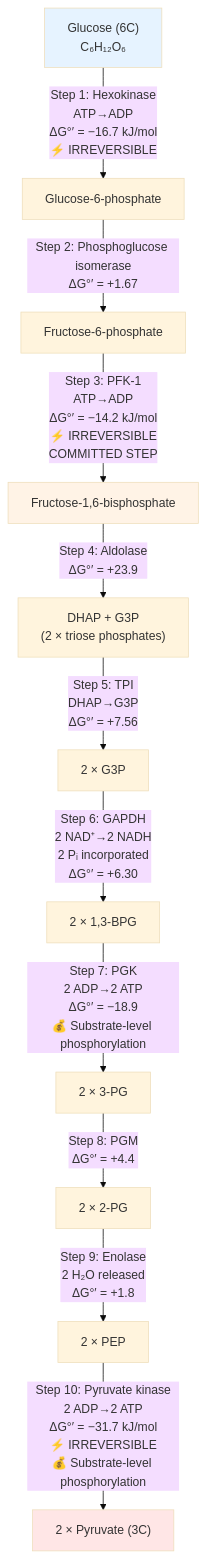
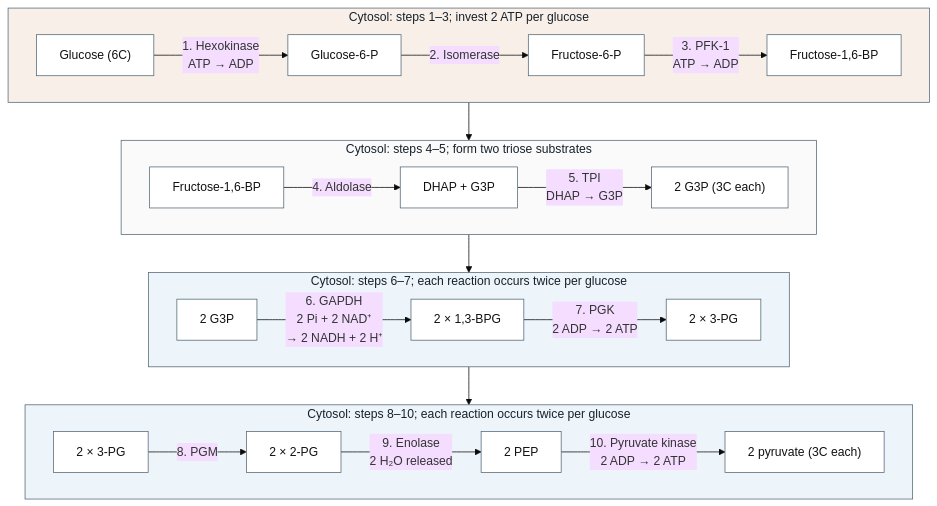
Before and after one commit to docxology/biology_textbook: the first of 8 diagrams in docs/manuscript/unit_III/bioenergetics_and_respiration.md, drawn with Mermaid (base theme). The commit also changed other lines of this file and 41 other files, not shown here.

````diff
--- a/docs/manuscript/unit_III/bioenergetics_and_respiration.md
+++ b/docs/manuscript/unit_III/bioenergetics_and_respiration.md
@@ -229,17 +229,38 @@
 ```mermaid
-flowchart TD
-    G["Glucose (6C)<br/>C₆H₁₂O₆"] -->|"Step 1: Hexokinase<br/>ATP→ADP<br/>ΔG°′ = −16.7 kJ/mol<br/>⚡ IRREVERSIBLE"| G6P["Glucose-6-phosphate"]
-    G6P -->|"Step 2: Phosphoglucose isomerase<br/>ΔG°′ = +1.67"| F6P["Fructose-6-phosphate"]
-    F6P -->|"Step 3: PFK-1<br/>ATP→ADP<br/>ΔG°′ = −14.2 kJ/mol<br/>⚡ IRREVERSIBLE<br/>COMMITTED STEP"| F16BP["Fructose-1,6-bisphosphate"]
-    F16BP -->|"Step 4: Aldolase<br/>ΔG°′ = +23.9"| TwoC3["DHAP + G3P<br/>(2 × triose phosphates)"]
-    TwoC3 -->|"Step 5: TPI<br/>DHAP→G3P<br/>ΔG°′ = +7.56"| G3Px2["2 × G3P"]
-    G3Px2 -->|"Step 6: GAPDH<br/>2 NAD⁺→2 NADH<br/>2 Pᵢ incorporated<br/>ΔG°′ = +6.30"| BPG["2 × 1,3-BPG"]
-    BPG -->|"Step 7: PGK<br/>2 ADP→2 ATP<br/>ΔG°′ = −18.9<br/>💰 Substrate-level phosphorylation"| PG3["2 × 3-PG"]
-    PG3 -->|"Step 8: PGM<br/>ΔG°′ = +4.4"| PG2["2 × 2-PG"]
-    PG2 -->|"Step 9: Enolase<br/>2 H₂O released<br/>ΔG°′ = +1.8"| PEP["2 × PEP"]
-    PEP -->|"Step 10: Pyruvate kinase<br/>2 ADP→2 ATP<br/>ΔG°′ = −31.7 kJ/mol<br/>⚡ IRREVERSIBLE<br/>💰 Substrate-level phosphorylation"| PYR["2 × Pyruvate (3C)"]
-
-    style G fill:#e6f3ff
-    style F16BP fill:#fff3e6
-    style PYR fill:#ffe6e6
+---
+config:
+  layout: dagre
+---
+flowchart TB
+    subgraph INVEST["Cytosol: steps 1–3; invest 2 ATP per glucose"]
+        direction LR
+        G["Glucose (6C)"] -->|"1. Hexokinase<br/>ATP → ADP"| G6P["Glucose-6-P"]
+        G6P -->|"2. Isomerase"| F6P["Fructose-6-P"]
+        F6P -->|"3. PFK-1<br/>ATP → ADP"| F16BP["Fructose-1,6-BP"]
+    end
+    subgraph SPLIT["Cytosol: steps 4–5; form two triose substrates"]
+        direction LR
+        F16BP2["Fructose-1,6-BP"] -->|"4. Aldolase"| TwoC3["DHAP + G3P"]
+        TwoC3 -->|"5. TPI<br/>DHAP → G3P"| G3Px2["2 G3P (3C each)"]
+    end
+    subgraph PAY1["Cytosol: steps 6–7; each reaction occurs twice per glucose"]
+        direction LR
+        G3P2["2 G3P"] -->|"6. GAPDH<br/>2 Pi + 2 NAD⁺<br/>→ 2 NADH + 2 H⁺"| BPG["2 × 1,3-BPG"]
+        BPG -->|"7. PGK<br/>2 ADP → 2 ATP"| PG3["2 × 3-PG"]
+    end
+    subgraph PAY2["Cytosol: steps 8–10; each reaction occurs twice per glucose"]
+        direction LR
+        PG3b["2 × 3-PG"] -->|"8. PGM"| PG2["2 × 2-PG"]
+        PG2 -->|"9. Enolase<br/>2 H₂O released"| PEP["2 PEP"]
+        PEP -->|"10. Pyruvate kinase<br/>2 ADP → 2 ATP"| PYR["2 pyruvate (3C each)"]
+    end
+    INVEST --> SPLIT
+    SPLIT --> PAY1
+    PAY1 --> PAY2
+    classDef metabolite fill:#ffffff,stroke:#526777,color:#111111
+    class G,G6P,F6P,F16BP,F16BP2,TwoC3,G3Px2,G3P2,BPG,PG3,PG3b,PG2,PEP,PYR metabolite
+    style INVEST fill:#f8f0e8,stroke:#526777,color:#17212b
+    style SPLIT fill:#fafafa,stroke:#526777,color:#17212b
+    style PAY1 fill:#eef5fa,stroke:#526777,color:#17212b
+    style PAY2 fill:#eef5fa,stroke:#526777,color:#17212b
 ```
````
